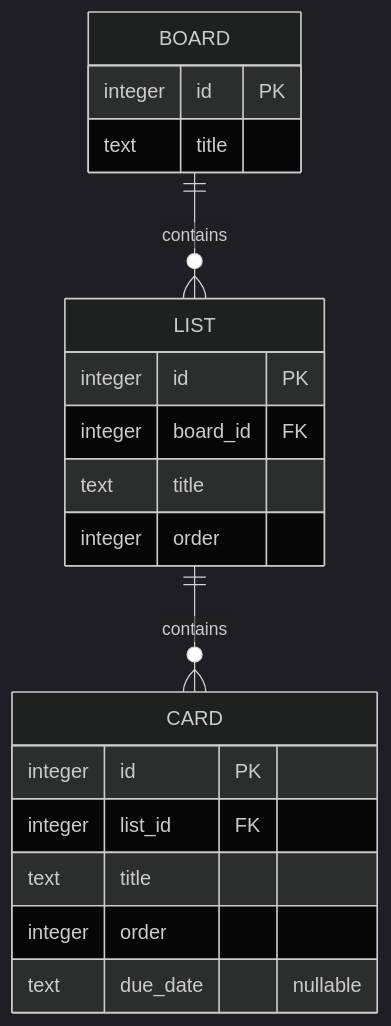
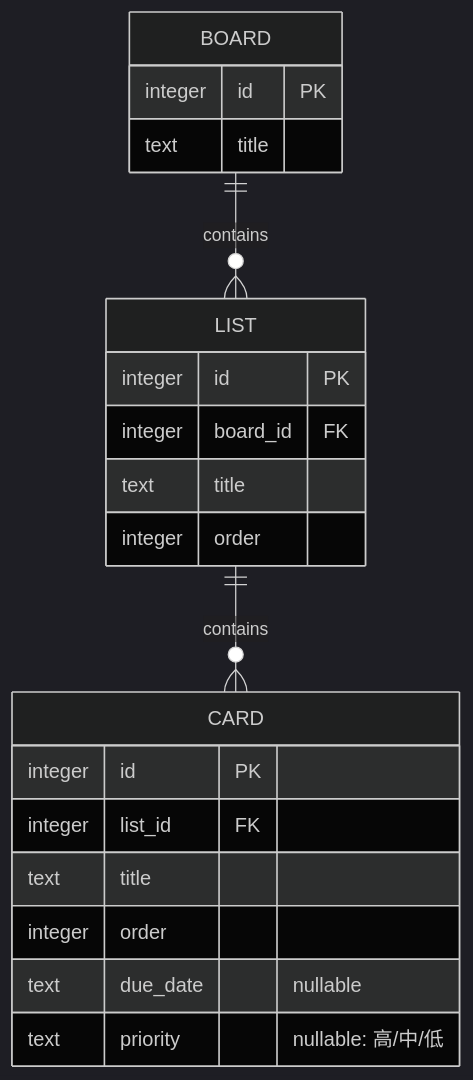
Before and after one commit to shoindex/AIproject: the second of 2 diagrams in trello-clone/docs/database-design.md, drawn with Mermaid (dark theme). The commit also changed other lines of this file and 6 other files, not shown here.

````diff
--- a/trello-clone/docs/database-design.md
+++ b/trello-clone/docs/database-design.md
@@ -18,23 +18,24 @@
 ```mermaid
 erDiagram
     BOARD ||--o{ LIST : contains
     LIST ||--o{ CARD : contains
 
     BOARD {
         integer id PK
         text title
     }
     LIST {
         integer id PK
         integer board_id FK
         text title
         integer order
     }
     CARD {
         integer id PK
         integer list_id FK
         text title
         integer order
         text due_date "nullable"
+        text priority "nullable: 高/中/低"
     }
 ```
````
